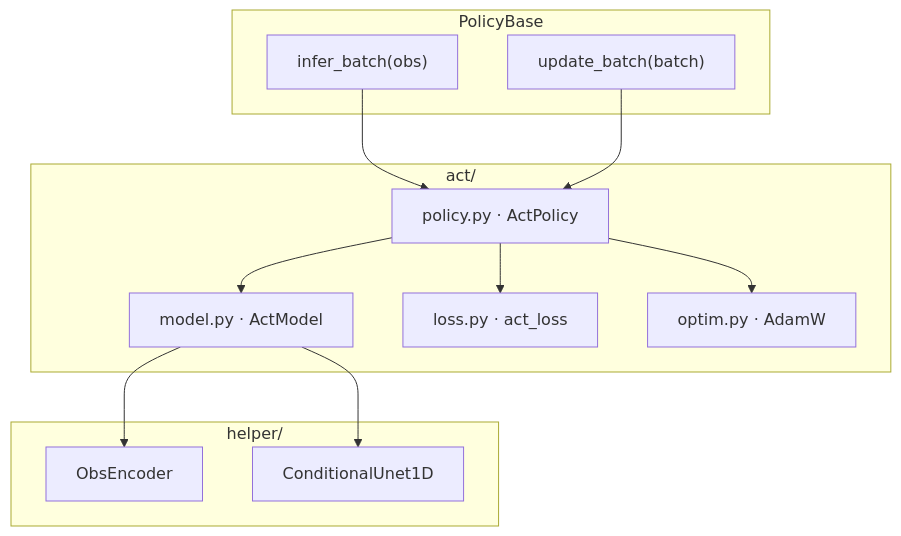
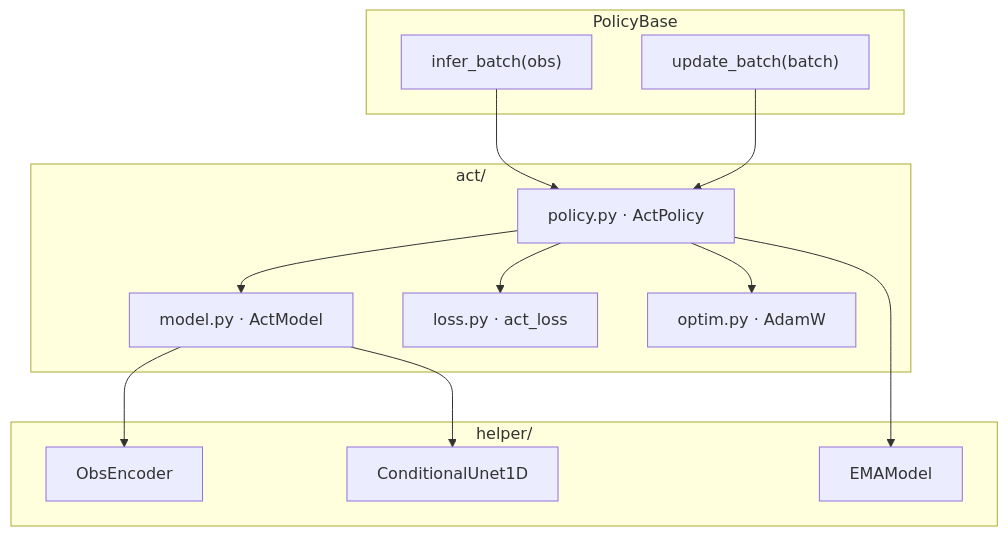
Before and after one commit to IBNBlank/maze_playground: the first of 2 diagrams in bench_policy/utils/policy/act/ARCHITECTURE.md, drawn with Mermaid. The commit also changed other lines of this file and 14 other files, not shown here.

````diff
--- a/bench_policy/utils/policy/act/ARCHITECTURE.md
+++ b/bench_policy/utils/policy/act/ARCHITECTURE.md
@@ -7,27 +7,29 @@
 ```mermaid
 flowchart TB
   subgraph iface["PolicyBase"]
     IB["infer_batch(obs)"]
     UB["update_batch(batch)"]
   end
 
   subgraph act_pkg["act/"]
     Pol["policy.py · ActPolicy"]
     Mod["model.py · ActModel"]
     Loss["loss.py · act_loss"]
     Opt["optim.py · AdamW"]
   end
 
   subgraph helper["helper/"]
     Obs["ObsEncoder"]
     UNet["ConditionalUnet1D"]
+    Ema["EMAModel"]
   end
 
   IB --> Pol
   UB --> Pol
   Pol --> Mod
   Pol --> Loss
   Pol --> Opt
+  Pol --> Ema
   Mod --> Obs
   Mod --> UNet
 ```
````
